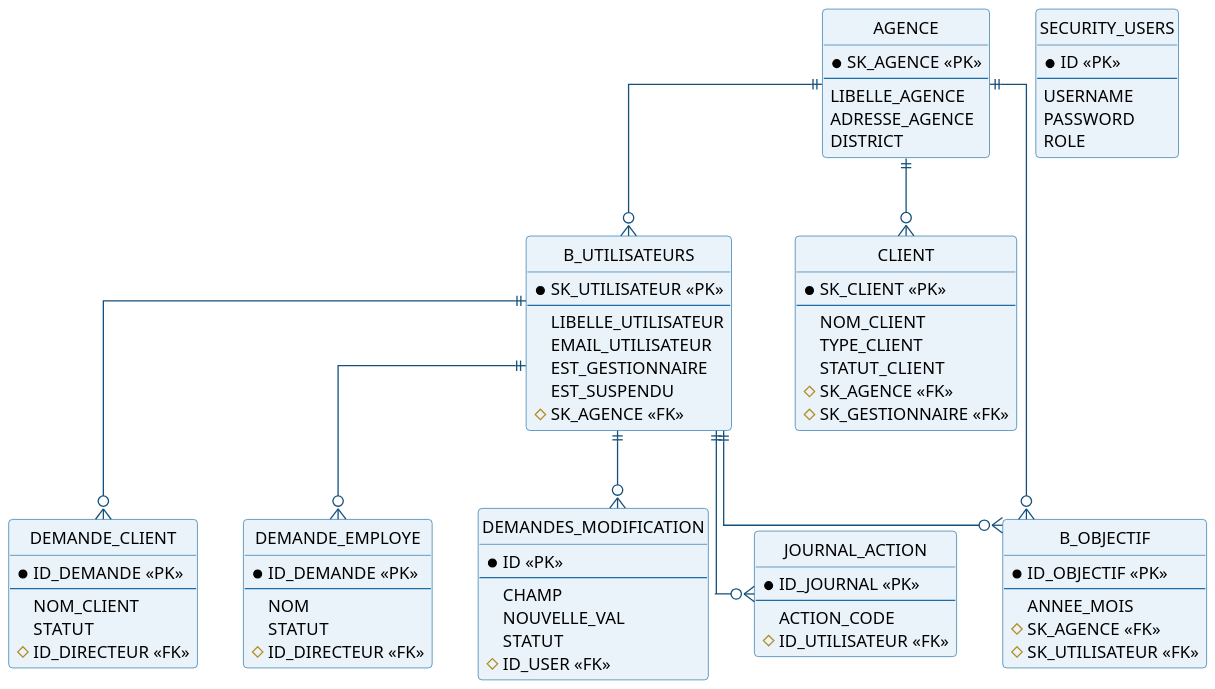
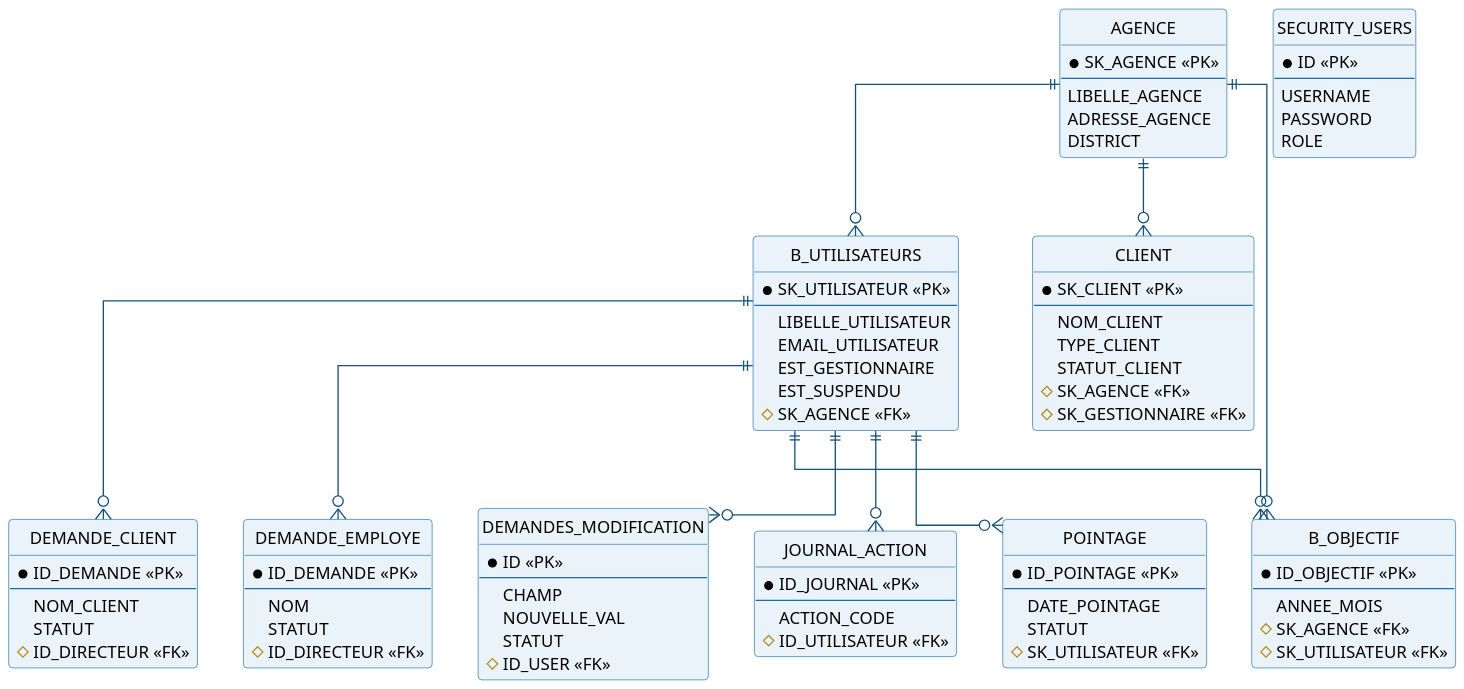
One commit to ZizouX0/oussema_korbosli changed the diagram in rapport-latex/diagrams/er.puml. Above: the diagram before and after it, drawn with PlantUML. The commit also changed 14 other files, not shown here.

```diff
--- a/rapport-latex/diagrams/er.puml
+++ b/rapport-latex/diagrams/er.puml
@@ -1,92 +1,100 @@
 @startuml
 
 skinparam dpi 150
 skinparam shadowing false
 skinparam DefaultFontName Arial
 skinparam DefaultFontSize 13
 skinparam ArrowColor #14507A
 skinparam roundCorner 6
 
 skinparam linetype ortho
 skinparam class {
   BackgroundColor #EAF3FA
   BorderColor #1B6CA8
 }
 hide circle
 hide methods
 entity "AGENCE" as AGENCE {
   *SK_AGENCE <<PK>>
   --
   LIBELLE_AGENCE
   ADRESSE_AGENCE
   DISTRICT
 }
 entity "B_UTILISATEURS" as USR {
   *SK_UTILISATEUR <<PK>>
   --
   LIBELLE_UTILISATEUR
   EMAIL_UTILISATEUR
   EST_GESTIONNAIRE
   EST_SUSPENDU
   #SK_AGENCE <<FK>>
 }
 entity "CLIENT" as CLI {
   *SK_CLIENT <<PK>>
   --
   NOM_CLIENT
   TYPE_CLIENT
   STATUT_CLIENT
   #SK_AGENCE <<FK>>
   #SK_GESTIONNAIRE <<FK>>
 }
 entity "B_OBJECTIF" as OBJ {
   *ID_OBJECTIF <<PK>>
   --
   ANNEE_MOIS
   #SK_AGENCE <<FK>>
   #SK_UTILISATEUR <<FK>>
 }
 entity "SECURITY_USERS" as SEC {
   *ID <<PK>>
   --
   USERNAME
   PASSWORD
   ROLE
 }
 entity "DEMANDE_CLIENT" as DC {
   *ID_DEMANDE <<PK>>
   --
   NOM_CLIENT
   STATUT
   #ID_DIRECTEUR <<FK>>
 }
 entity "DEMANDE_EMPLOYE" as DE {
   *ID_DEMANDE <<PK>>
   --
   NOM
   STATUT
   #ID_DIRECTEUR <<FK>>
 }
 entity "DEMANDES_MODIFICATION" as DM {
   *ID <<PK>>
   --
   CHAMP
   NOUVELLE_VAL
   STATUT
   #ID_USER <<FK>>
 }
 entity "JOURNAL_ACTION" as JA {
   *ID_JOURNAL <<PK>>
   --
   ACTION_CODE
   #ID_UTILISATEUR <<FK>>
 }
+entity "POINTAGE" as PT {
+  *ID_POINTAGE <<PK>>
+  --
+  DATE_POINTAGE
+  STATUT
+  #SK_UTILISATEUR <<FK>>
+}
 AGENCE ||--o{ USR
 AGENCE ||--o{ CLI
 AGENCE ||--o{ OBJ
 USR ||--o{ OBJ
 USR ||--o{ DC
 USR ||--o{ DE
 USR ||--o{ DM
 USR ||--o{ JA
+USR ||--o{ PT
 @enduml
```
